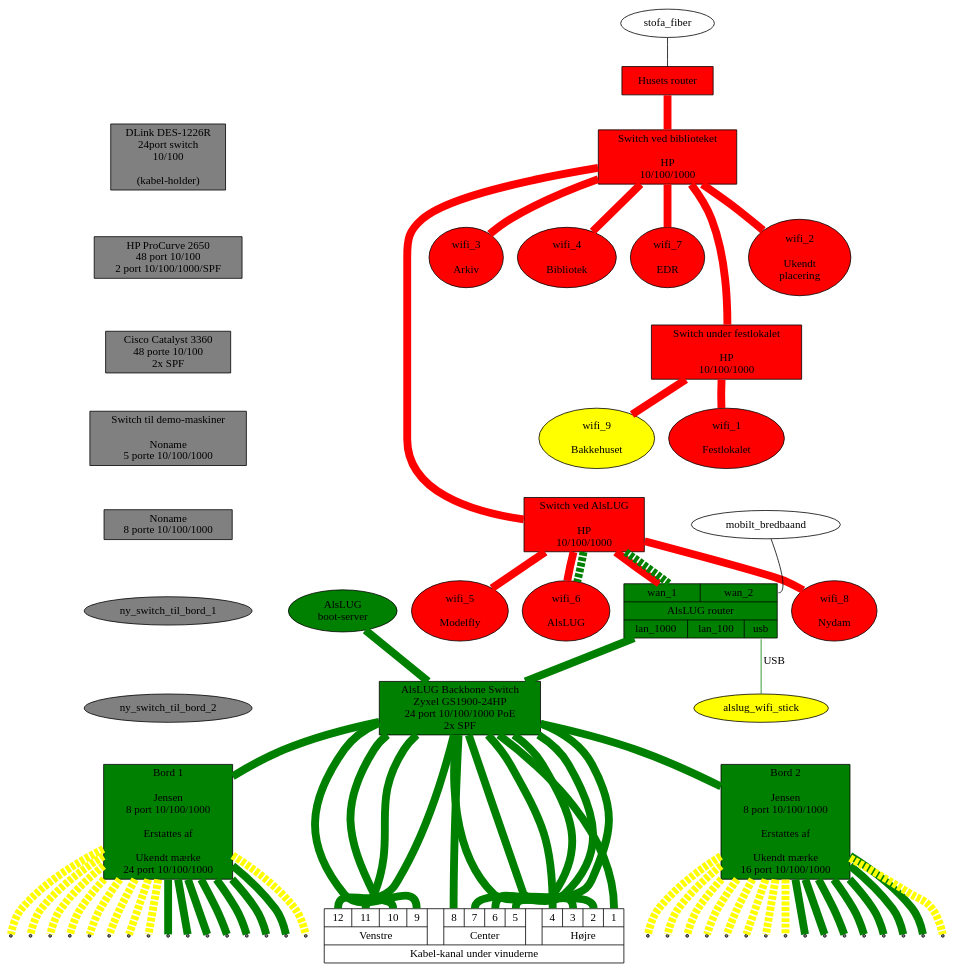
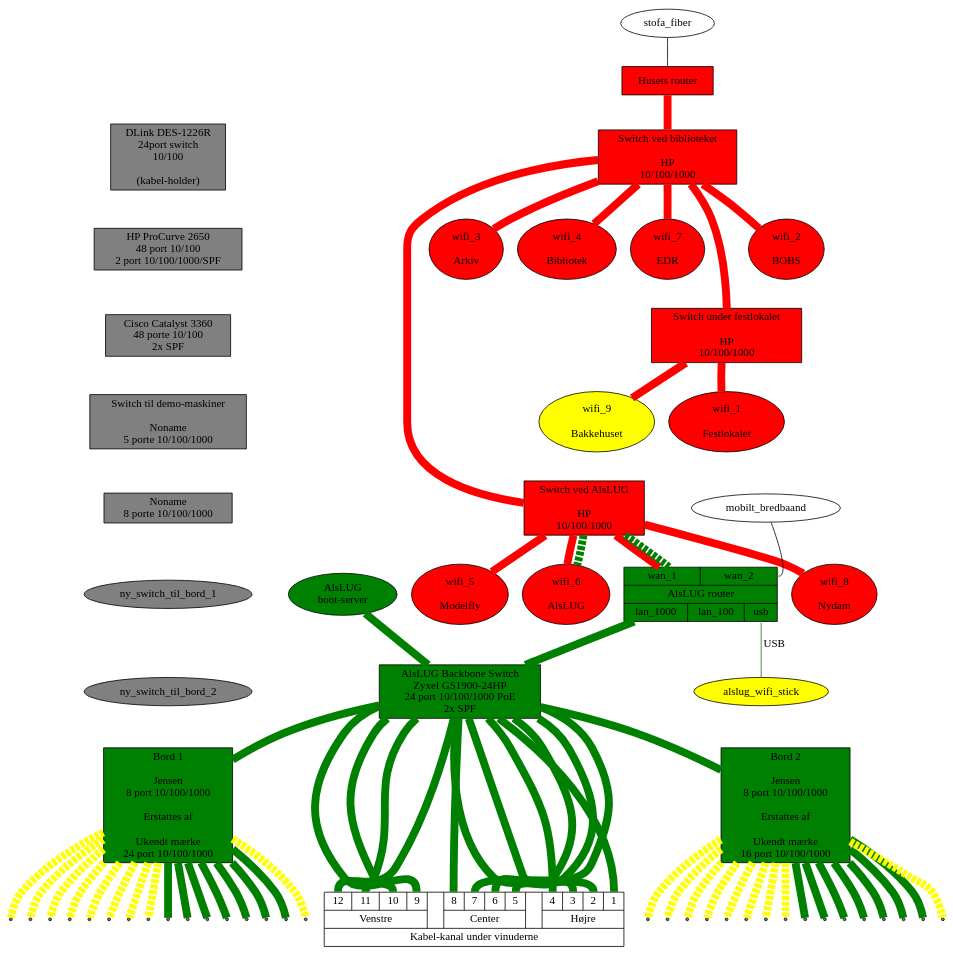
The diagram in projekter/network.dot (alslug/alslug.dk), drawn with Graphviz before and after one commit.

```diff
--- a/projekter/network.dot
+++ b/projekter/network.dot
@@ -1,107 +1,107 @@
 digraph xxx {
 #  link_12a [ shape=point ];
 #  link_12b [ shape=point ];
 #  link_12c [ shape=point ];
   edge [ dir=none penwidth=10 ];
 
   node [ style=filled fillcolor=red ];
   husets_router [ shape=box label="Husets router" ];
   husets_switch_1 [ shape=box label="Switch ved biblioteket\n\nHP\n10/100/1000" ];
   husets_switch_2 [ shape=box label="Switch ved AlsLUG\n\nHP\n10/100/1000" ];
   festlokale_switch [ shape=box label="Switch under festlokalet\n\nHP\n10/100/1000" ];
   wifi_1 [ label=" wifi_1 \n\n Festlokalet "                ];
-  wifi_2 [ label=" wifi_2 \n\n Ukendt \n placering "        ];
+  wifi_2 [ label=" wifi_2 \n\n BOBS "                       ];
   wifi_3 [ label=" wifi_3 \n\n Arkiv "                      ];
   wifi_4 [ label=" wifi_4 \n\n Bibliotek "                  ];
   wifi_5 [ label=" wifi_5 \n\n Modelfly "                   ];
   wifi_6 [ label=" wifi_6 \n\n AlsLUG "                     ];
   wifi_7 [ label=" wifi_7 \n\n EDR "                        ];
   wifi_8 [ label=" wifi_8 \n\n Nydam "                      ];
   wifi_9 [ label=" wifi_9 \n\n Bakkehuset" fillcolor=yellow ];
   
   node [ style=filled fillcolor=green ];
   alslug_router [ shape=record label="{{<wan_1> wan_1|<wan_2> wan_2}|
                                         AlsLUG router
                                       |{<lan_1000> lan_1000|<lan_100> lan_100|<usb> usb}}" ];
   alslug_gl_bootserver [ label="AlsLUG\nboot-server" ];
   alslug_backbone_switch [ shape=record label="AlsLUG Backbone Switch \n Zyxel GS1900-24HP \n 24 port 10/100/1000 PoE \n 2x SPF"];
   bord_1 [ shape=box label="Bord 1\n\nJensen\n8 port 10/100/1000\n\n Erstattes af\n\nUkendt mærke\n24 port 10/100/1000"];
   bord_2 [ shape=box label="Bord 2\n\nJensen\n8 port 10/100/1000\n\n Erstattes af\n\nUkendt mærke\n16 port 10/100/1000"];
  
   // Udstyr som pt ikke bruges
   node [ style=filled fillcolor=gray ];
   switch_24p      [ shape=box label="DLink DES-1226R\n24port switch\n10/100\n\n(kabel-holder)"];
   switch_48p      [ shape=box label="HP ProCurve 2650\n48 port 10/100\n2 port 10/100/1000/SPF"];
   switch_48p_poe  [ shape=box label="Cisco Catalyst 3360\n48 porte 10/100\n2x SPF"];
   switch_5p       [ shape=box label="Switch til demo-maskiner\n\nNoname\n5 porte 10/100/1000" ];
   switch_8p       [ shape=box label="Noname\n8 porte 10/100/1000"];
   
   switch_24p -> switch_48p -> switch_48p_poe -> switch_5p -> switch_8p -> ny_switch_til_bord_1 -> ny_switch_til_bord_2 -> bord_1 [ color=invis ];
   
   
   node [ style=normal ];
   // Internet forbindelser
   stofa_fiber      -> husets_router:wan_1 [ penwidth=1 fillcolor=black style=filled ];
   mobilt_bredbaand -> alslug_router:wan_2 [ penwidth=1 fillcolor=black style=filled ];
   
   // Husets forbindelser
   edge  [ color=red style=solid ];
   husets_switch_1 -> festlokale_switch -> {             wifi_1                                                  wifi_9 };
   husets_router -> husets_switch_1 -> {                        wifi_2 wifi_3 wifi_4               wifi_7               };
   husets_switch_1 -> husets_switch_2 -> { alslug_router                             wifi_5 wifi_6        wifi_8        };
 
   // VLAN forbindelser over bakkensbros netværk
   edge  [ color=green style=dashed ];
   husets_switch_2 -> { alslug_router:wan_1 wifi_6 };
 
   alslug_wifi_stick [ fillcolor=yellow style=filled ];
 
   // Interne forbindelser
   edge [ color=green style=solid ];
   node [ shape=point ];
   
   {alslug_router:lan_1000 alslug_gl_bootserver} -> alslug_backbone_switch -> { bord_1 bord_2 }
 
   alslug_router:usb -> alslug_wifi_stick [ penwidth=1 label="USB" ];
   
   bord_1 -> {
                   bord_1_1 bord_1_2 bord_1_3 bord_1_4 bord_1_5 bord_1_6 bord_1_7
                 };
   bord_1 -> {
                   bord_1_8 bord_1_9 bord_1_10 bord_1_11 bord_1_12 bord_1_13 bord_1_14 bord_1_15 bord_1_16
                 } [ style=dashed color=yellow ];
   bord_2 -> {
                   bord_2_1 bord_2_2 bord_2_3 bord_2_4 bord_2_5 bord_2_6 bord_2_7
                 };
   bord_2 -> {
                   bord_2_8 bord_2_9 bord_2_10 bord_2_11 bord_2_12 bord_2_13 bord_2_14 bord_2_15 bord_2_16
                 } [ style=dashed color=yellow ];
                 
   alslug_backbone_switch -> vindue:1;
   alslug_backbone_switch -> vindue:2;
   alslug_backbone_switch -> vindue:3;
   alslug_backbone_switch -> vindue:4;
   alslug_backbone_switch -> vindue:5;
   alslug_backbone_switch -> vindue:6;
   alslug_backbone_switch -> vindue:7;
   alslug_backbone_switch -> vindue:8;
   alslug_backbone_switch -> vindue:9;
   alslug_backbone_switch -> vindue:10;
   alslug_backbone_switch -> vindue:11;
   alslug_backbone_switch -> vindue:12;
 
   edge [ color=invis ];
   husets_switch_1 -> wifi_2 -> festlokale_switch -> wifi_1 -> husets_switch_2;
   vindue [ shape=record label="{{ {{<12> 12|<11> 11|<10> 10|<9> 9}  | Venstre }||
                                   {{<8> 8|<7> 7|<6> 6|<5> 5}        | Center  }||
                                   {{<4> 4|<3> 3|<2> 2|<1> 1}        | Højre   }}| Kabel-kanal under vinuderne }}" ];
 
   subgraph {
     rank = same;
                   vindue;
                   bord_1_1;   bord_1_2;   bord_1_3;   bord_1_4;   bord_1_5;   bord_1_6;   bord_1_7;   bord_1_8;
                   bord_1_9;   bord_1_10;  bord_1_11;  bord_1_12;  bord_1_13;  bord_1_14;  bord_1_15;  bord_1_16;
                   bord_2_1;   bord_2_2;   bord_2_3;   bord_2_4;   bord_2_5;   bord_2_6;   bord_2_7;   bord_2_8;
                   bord_2_9;   bord_2_10;  bord_2_11;  bord_2_12;  bord_2_13;  bord_2_14;  bord_2_15;  bord_2_16;
   }
 }
```
